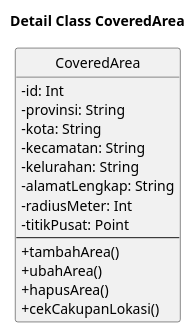
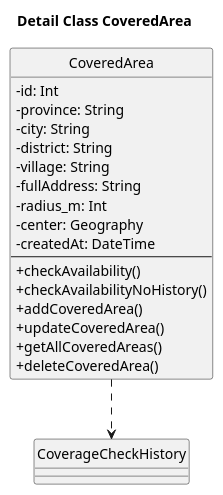
One commit to janbu12/nemafi-be changed the diagram in docs/plantuml/detail-classes/detail-class-covered-area.puml. Above: the diagram before and after it, drawn with PlantUML. The commit also changed 186 other files, not shown here.

```diff
--- a/docs/plantuml/detail-classes/detail-class-covered-area.puml
+++ b/docs/plantuml/detail-classes/detail-class-covered-area.puml
@@ -1,23 +1,29 @@
 @startuml
 title Detail Class CoveredArea
 
 skinparam classAttributeIconSize 0
+skinparam shadowing false
+skinparam defaultFontName "Times New Roman"
 hide circle
 
 class CoveredArea {
   - id: Int
-  - provinsi: String
-  - kota: String
-  - kecamatan: String
-  - kelurahan: String
-  - alamatLengkap: String
-  - radiusMeter: Int
-  - titikPusat: Point
+  - province: String
+  - city: String
+  - district: String
+  - village: String
+  - fullAddress: String
+  - radius_m: Int
+  - center: Geography
+  - createdAt: DateTime
   --
-  + tambahArea()
-  + ubahArea()
-  + hapusArea()
-  + cekCakupanLokasi()
+  + checkAvailability()
+  + checkAvailabilityNoHistory()
+  + addCoveredArea()
+  + updateCoveredArea()
+  + getAllCoveredAreas()
+  + deleteCoveredArea()
 }
 
+CoveredArea ..> CoverageCheckHistory
 @enduml
```
